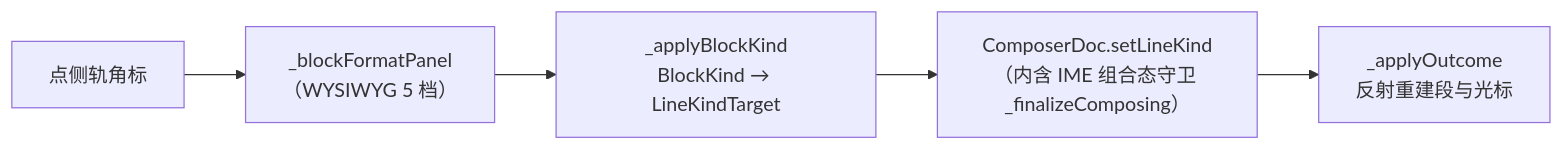
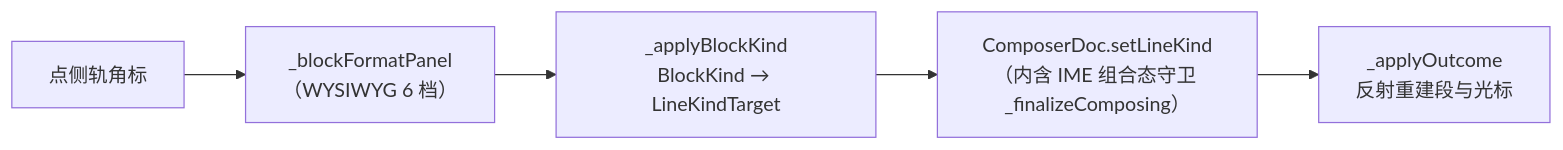
One commit to loveheng/goodshare changed the diagram in docs/design/note-format-guidance-layer.md. Above: the diagram before and after it, drawn with Mermaid. The commit also changed other lines of this file and 27 other files, not shown here.

````diff
--- a/docs/design/note-format-guidance-layer.md
+++ b/docs/design/note-format-guidance-layer.md
@@ -47,7 +51,7 @@
 ```mermaid
 flowchart LR
-    A["点侧轨角标"] --> B["_blockFormatPanel<br/>（WYSIWYG 5 档）"]
+    A["点侧轨角标"] --> B["_blockFormatPanel<br/>（WYSIWYG 6 档）"]
     B --> C["_applyBlockKind<br/>BlockKind → LineKindTarget"]
     C --> D["ComposerDoc.setLineKind<br/>（内含 IME 组合态守卫 _finalizeComposing）"]
     D --> E["_applyOutcome<br/>反射重建段与光标"]
 ```
````
